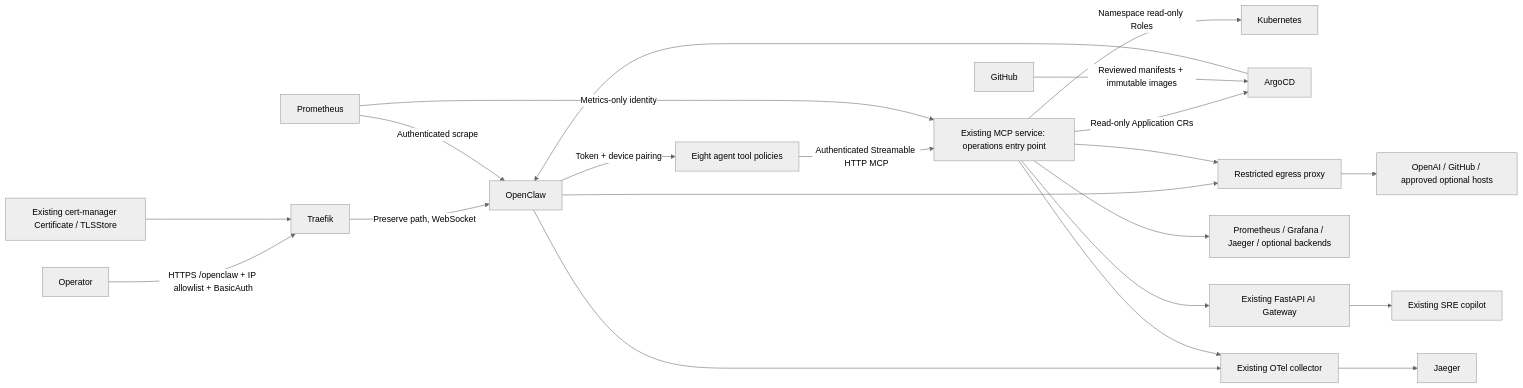
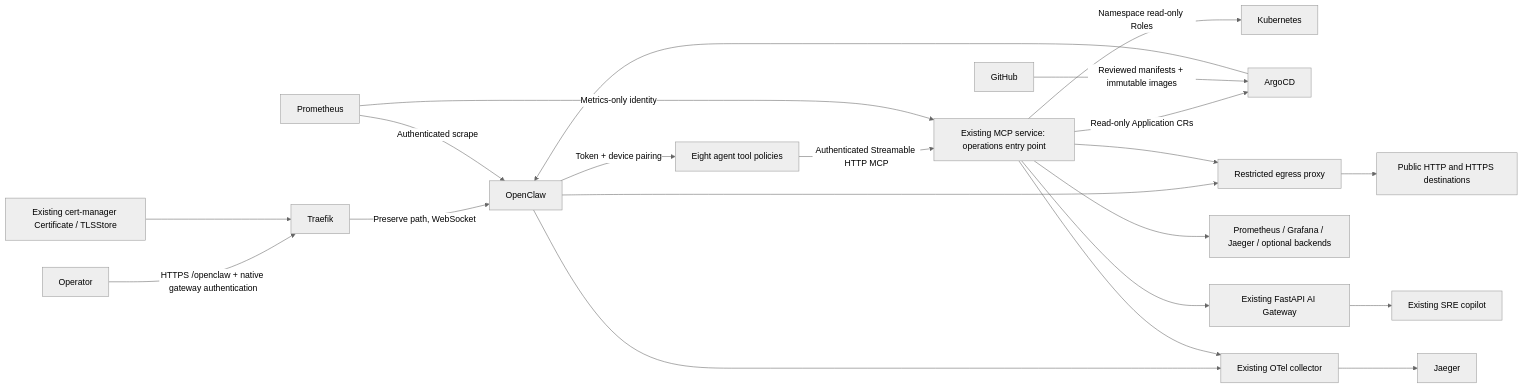
Before and after one commit to mrjithendar/roboshop-ai: the first of 2 diagrams in docs/openclaw/README.md, drawn with Mermaid (neutral theme). The commit also changed other lines of this file and 2 other files, not shown here.

Commit message:
openclaw

````diff
--- a/docs/openclaw/README.md
+++ b/docs/openclaw/README.md
@@ -44,23 +44,23 @@
 ```mermaid
 flowchart LR
-  Operator -->|HTTPS /openclaw + IP allowlist + BasicAuth| Traefik
+  Operator -->|HTTPS /openclaw + native gateway authentication| Traefik
   Certificate[Existing cert-manager Certificate / TLSStore] --> Traefik
   Traefik -->|Preserve path, WebSocket| OpenClaw
   OpenClaw -->|Token + device pairing| Agents[Eight agent tool policies]
   Agents -->|Authenticated Streamable HTTP MCP| Operations[Existing MCP service: operations entry point]
   Operations -->|Namespace read-only Roles| Kubernetes
   Operations -->|Read-only Application CRs| ArgoCD
   Operations --> Gateway[Existing FastAPI AI Gateway]
   Gateway --> SRE[Existing SRE copilot]
   Operations --> Observability[Prometheus / Grafana / Jaeger / optional backends]
   OpenClaw --> Proxy[Restricted egress proxy]
   Operations --> Proxy
-  Proxy --> Providers[OpenAI / GitHub / approved optional hosts]
+  Proxy --> Providers[Public HTTP and HTTPS destinations]
   OpenClaw --> Collector[Existing OTel collector]
   Operations --> Collector
   Collector --> Jaeger
   Prometheus -->|Authenticated scrape| OpenClaw
   Prometheus -->|Metrics-only identity| Operations
   GitHub -->|Reviewed manifests + immutable images| ArgoCD
   ArgoCD --> OpenClaw
 ```
````
